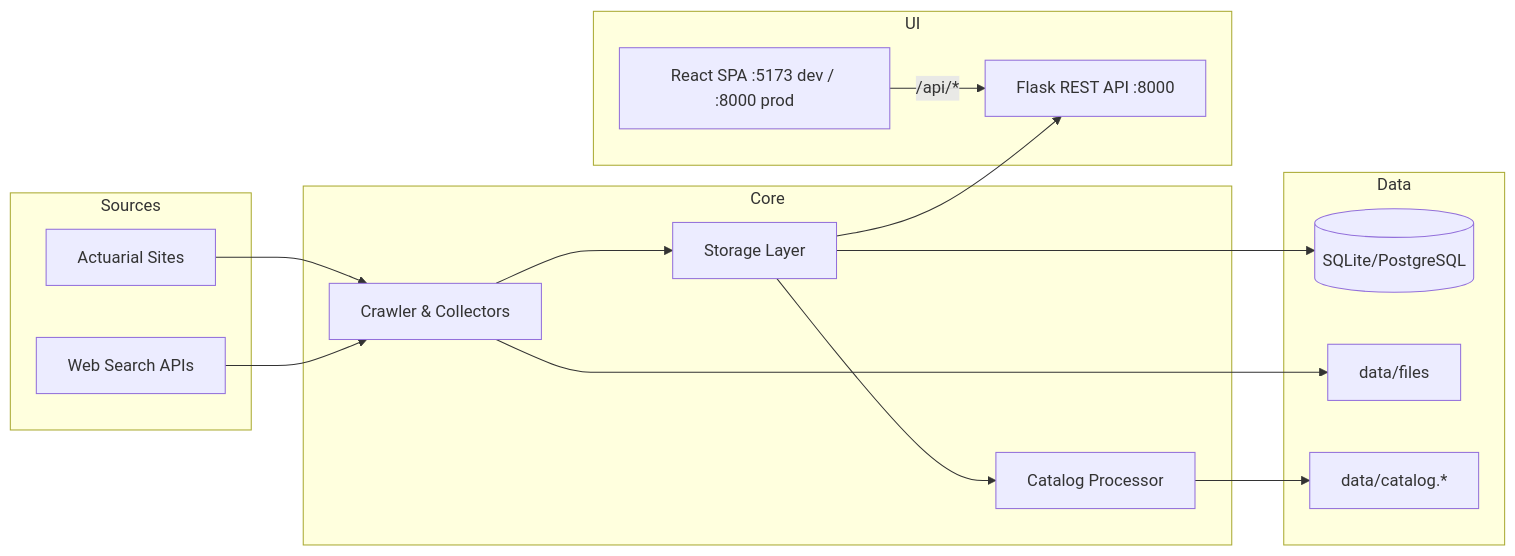
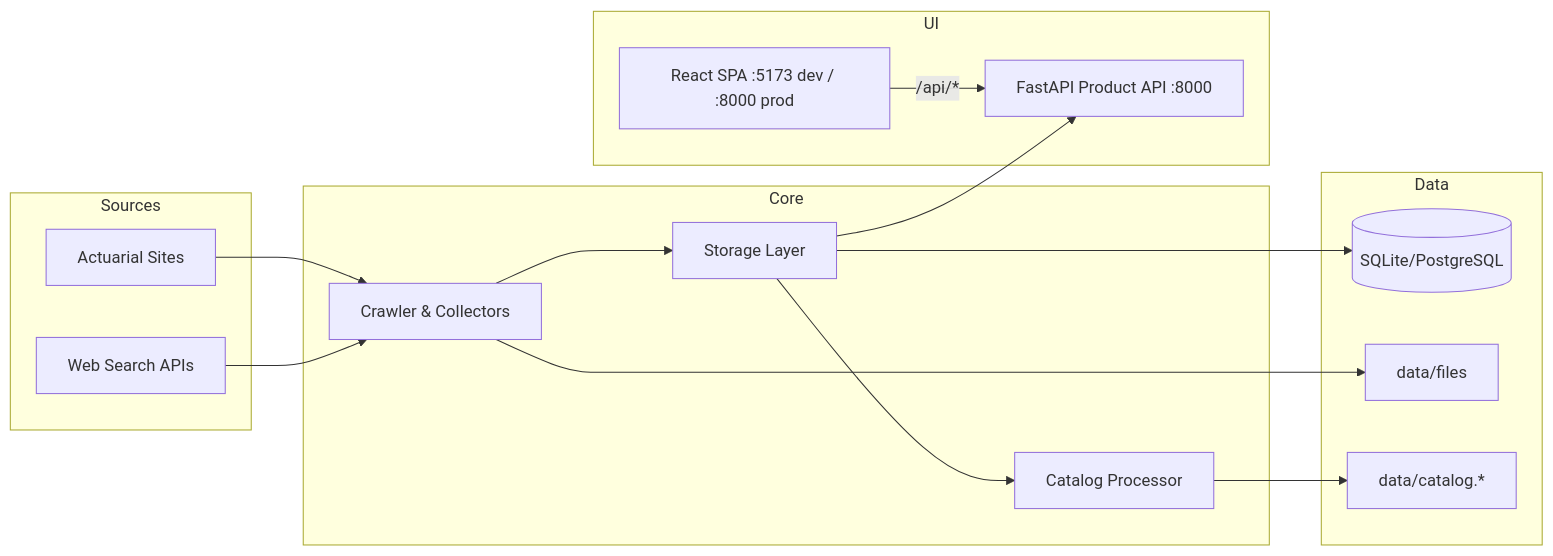
Before and after one commit to ferryhe/AI_actuarial_inforsearch: the diagram in README.md, drawn with Mermaid. The commit also changed other lines of this file and 34 other files, not shown here.

````diff
--- a/README.md
+++ b/README.md
@@ -232,31 +213,31 @@
 ```mermaid
 flowchart LR
     subgraph Sources
         A[Actuarial Sites]
         B[Web Search APIs]
     end
     subgraph Core
         C[Crawler & Collectors]
         D[Storage Layer]
         E[Catalog Processor]
     end
     subgraph Data
         F[(SQLite/PostgreSQL)]
         G[data/files]
         H[data/catalog.*]
     end
     subgraph UI
-        I[Flask REST API :8000]
+        I[FastAPI Product API :8000]
         J[React SPA :5173 dev / :8000 prod]
     end
 
     A --> C
     B --> C
     C --> D
     C --> G
     D --> F
     E --> H
     D --> E
     D --> I
     J -->|/api/*| I
 ```
````
